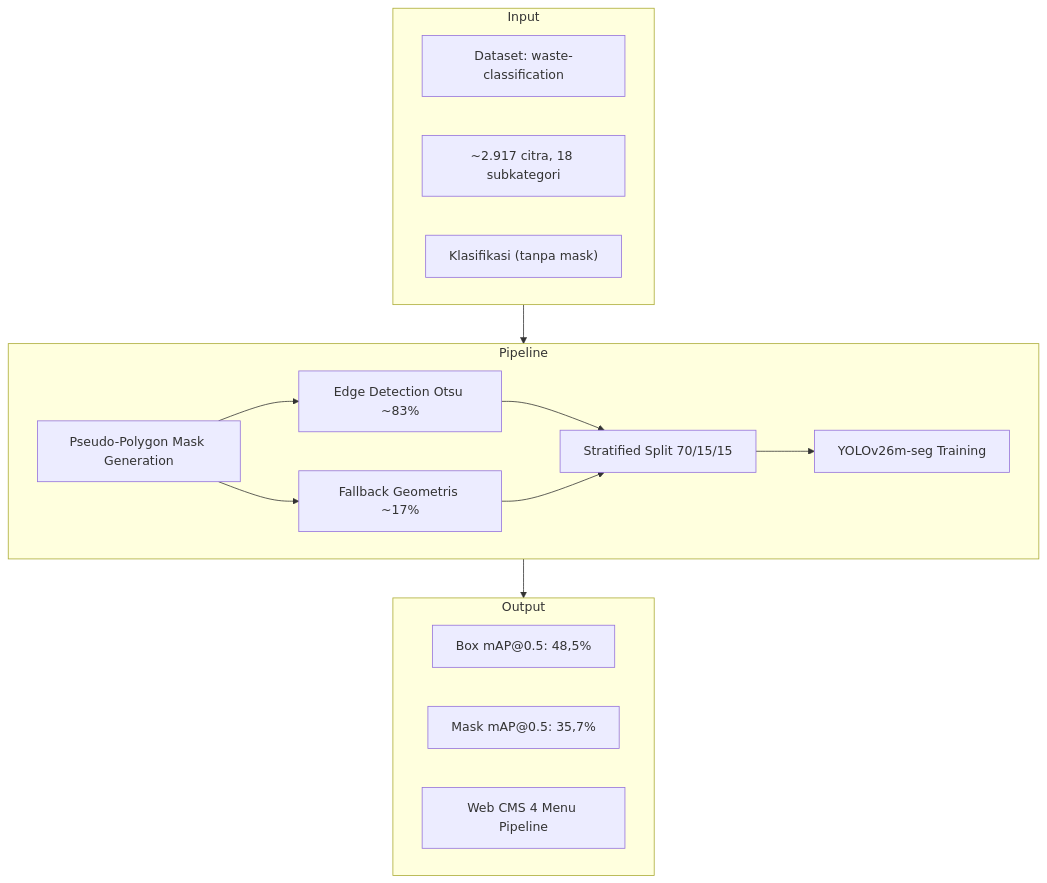
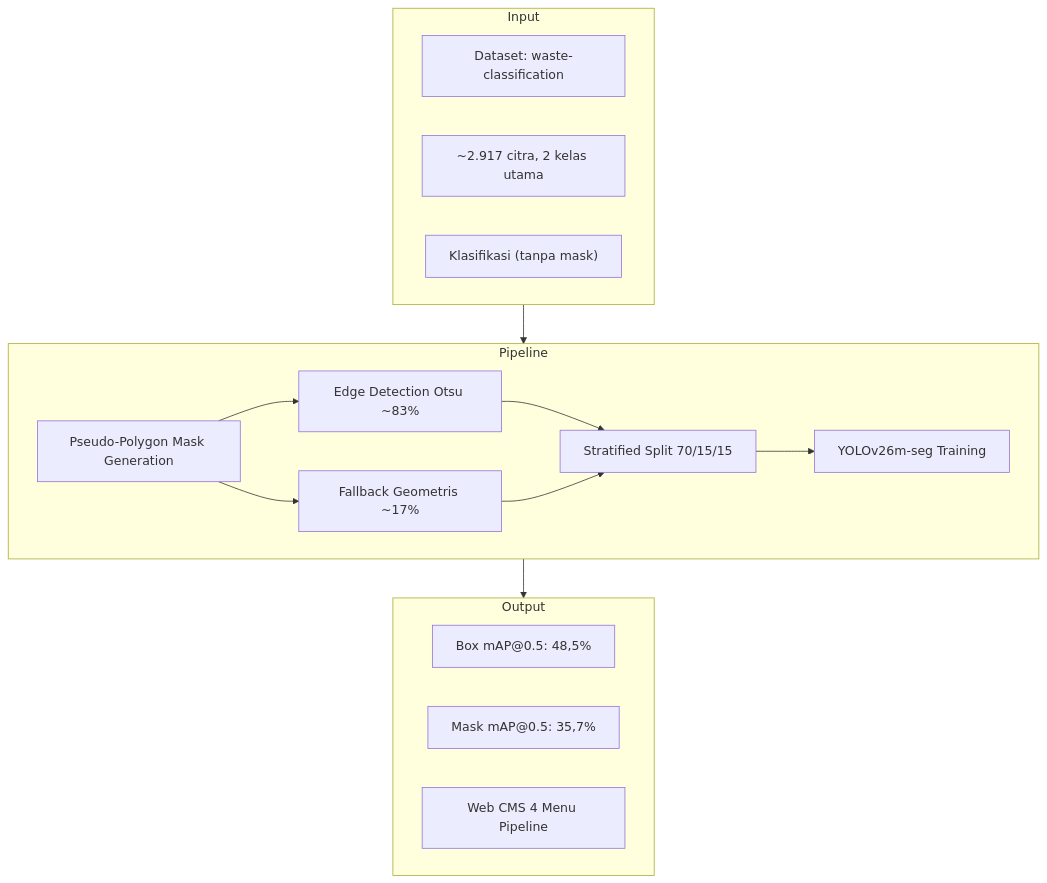
Before and after one commit to aryaw/SmartBin: the first of 3 diagrams in proposalPaper/BAB V.md, drawn with Mermaid. The commit also changed other lines of this file and 18 other files, not shown here.

````diff
--- a/proposalPaper/BAB V.md
+++ b/proposalPaper/BAB V.md
@@ -17,26 +17,26 @@
 ```mermaid
 flowchart TD
     subgraph Input[Input]
         I1["Dataset: waste-classification"]
-        I2["~2.917 citra, 18 subkategori"]
+        I2["~2.917 citra, 2 kelas utama"]
         I3["Klasifikasi (tanpa mask)"]
     end
     
     subgraph Process[Pipeline]
         P1["Pseudo-Polygon Mask Generation"]
         P1 --> P2["Edge Detection Otsu ~83%"]
         P1 --> P3["Fallback Geometris ~17%"]
         P2 --> P4["Stratified Split 70/15/15"]
         P3 --> P4
         P4 --> P5["YOLOv26m-seg Training"]
     end
     
     subgraph Output[Output]
         O1["Box mAP@0.5: 48,5%"]
         O2["Mask mAP@0.5: 35,7%"]
         O3["Web CMS 4 Menu Pipeline"]
     end
     
     Input --> Process
     Process --> Output
 ```
````
